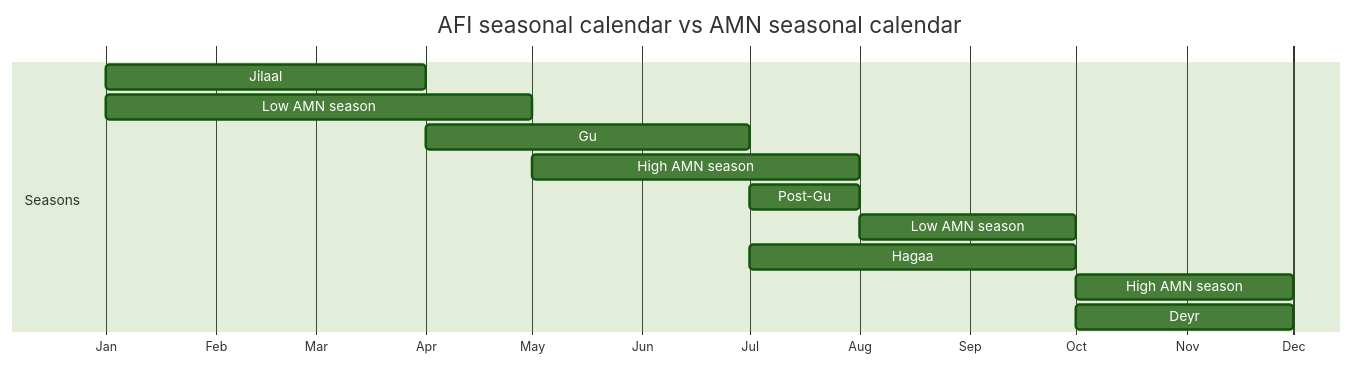
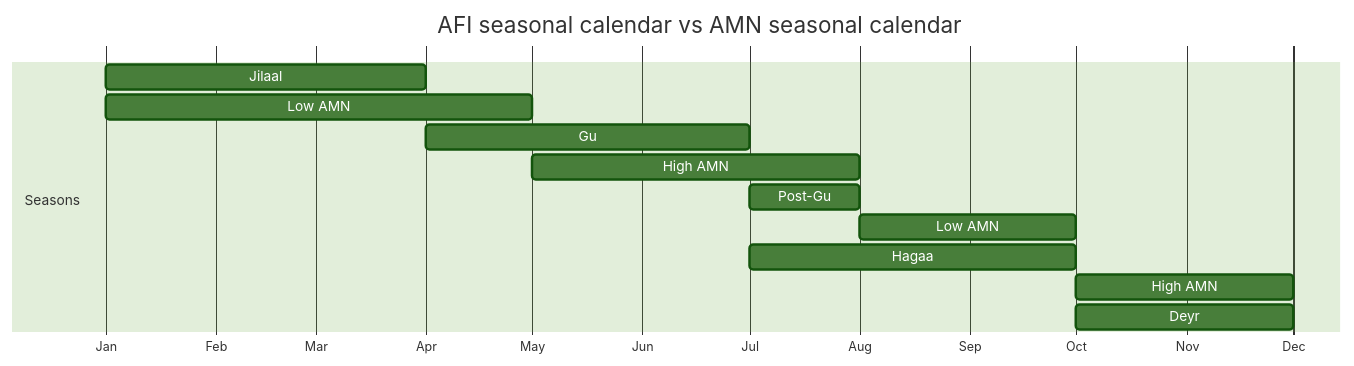
Before and after one commit to nutimes/som-sam-admit: the ninth of 9 diagrams in presentation.qmd, drawn with Mermaid (forest theme). The commit also changed other lines of this file, not shown here.

````diff
--- a/presentation.qmd
+++ b/presentation.qmd
@@ -749,23 +722,22 @@
 ```{mermaid}
 %%| label: afi-amn-calendar-urbanidps
-%%| fig-cap: "Source: adaptation based on this analysis findings"
 %%| fig-cap-location: bottom
 %%| fig-height: 4
 %%| fig-width: 13.7
 
 gantt
     title AFI seasonal calendar vs AMN seasonal calendar
     dateFormat M
     axisFormat %b
     todayMarker off
     section Seasons
-    Jilaal :afi1, 1, 4
-    Low AMN season :amn1, 1, 5
-    Gu     :afi2, 4, 7
-    High AMN season :amn2, 5, 8
-    Post-Gu:afi3, 7, 8
-    Low AMN season :amn3, 8, 10
-    Hagaa  :afi4, 7, 10
-    High AMN season :amn4, 10, 12
-    Deyr   :afi5, 10, 12
+        Jilaal :afi1, 1, 4
+        Low AMN :amn1, 1, 5
+        Gu     :afi2, 4, 7
+        High AMN :amn2, 5, 8
+        Post-Gu:afi3, 7, 8
+        Low AMN :amn3, 8, 10
+        Hagaa  :afi4, 7, 10
+        High AMN :amn4, 10, 12
+        Deyr   :afi5, 10, 12
 ```
````
